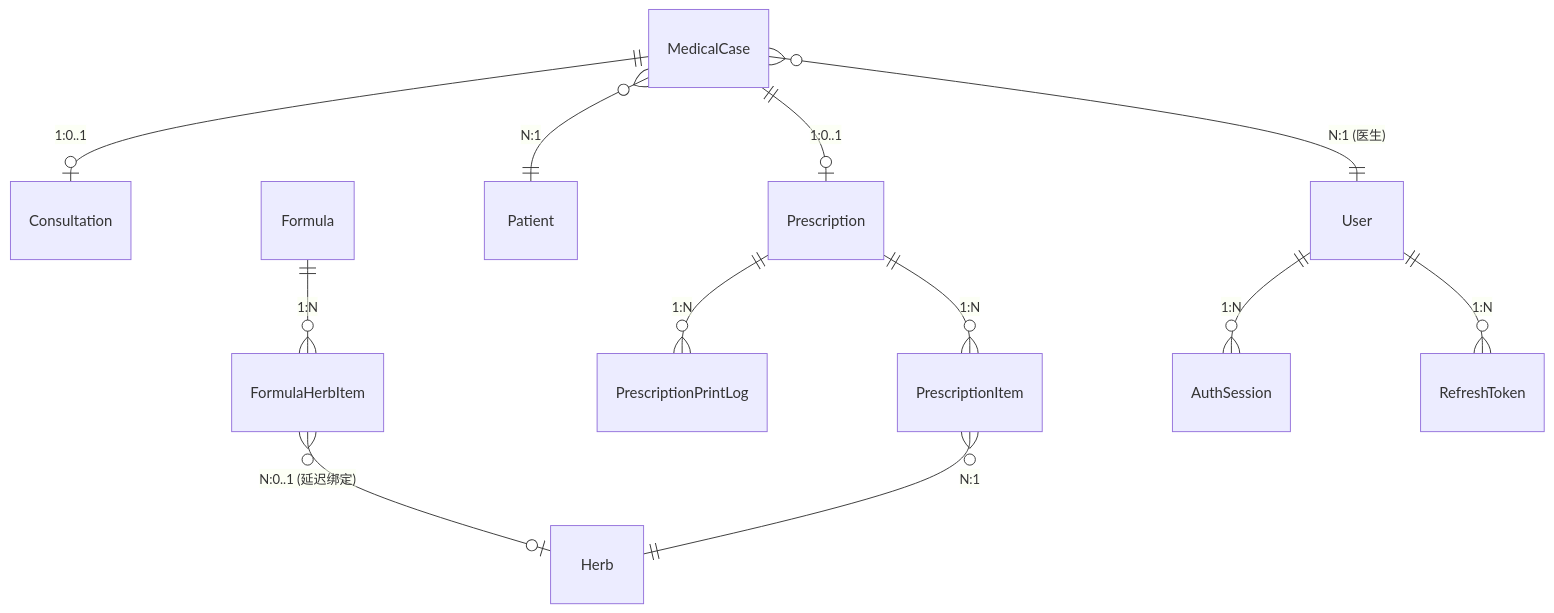
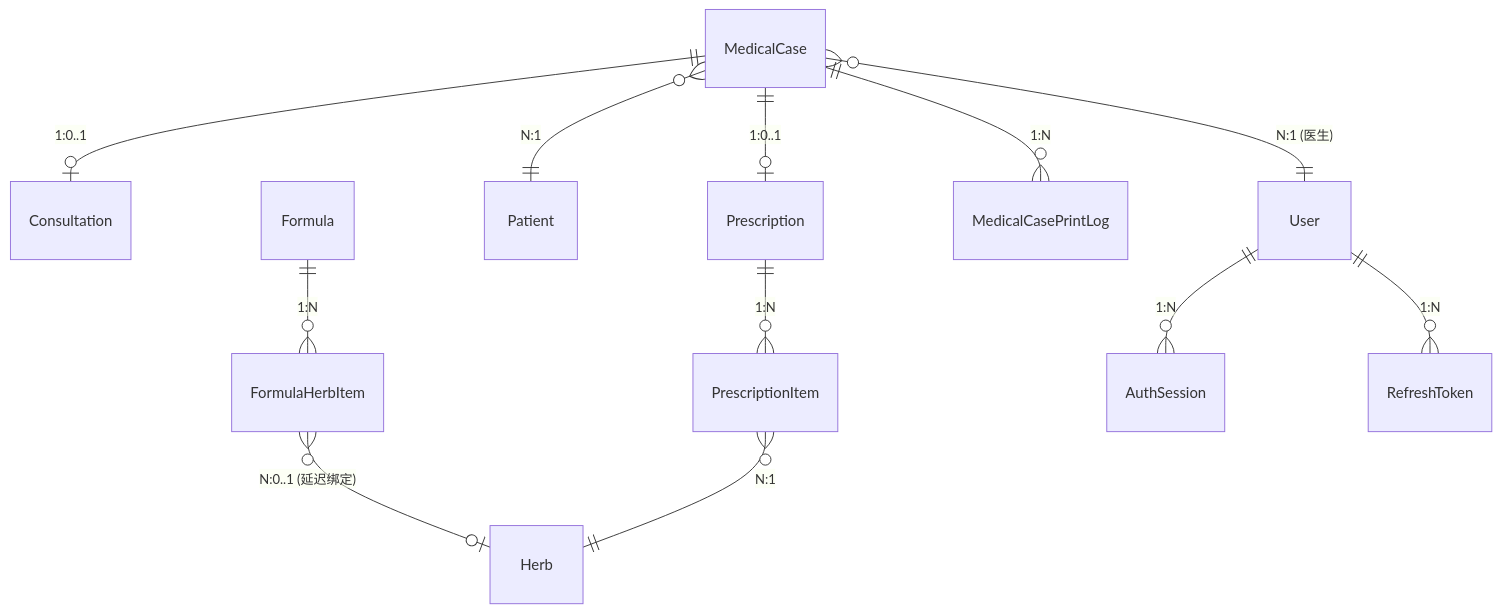
One commit to shouqitao/LYBTZYZS changed the first of 2 diagrams in docs/03-architecture/data-model.md. Above: the diagram before and after it, drawn with Mermaid. The commit also changed other lines of this file and 15 other files, not shown here.

````diff
--- a/docs/03-architecture/data-model.md
+++ b/docs/03-architecture/data-model.md
@@ -9,14 +9,14 @@
 ```mermaid
 erDiagram
     MedicalCase ||--o| Consultation : "1:0..1"
     MedicalCase ||--o| Prescription : "1:0..1"
     MedicalCase }o--|| Patient : "N:1"
     MedicalCase }o--|| User : "N:1 (医生)"
     Prescription ||--o{ PrescriptionItem : "1:N"
-    Prescription ||--o{ PrescriptionPrintLog : "1:N"
+    MedicalCase ||--o{ MedicalCasePrintLog : "1:N"
     Formula ||--o{ FormulaHerbItem : "1:N"
     FormulaHerbItem }o--o| Herb : "N:0..1 (延迟绑定)"
     PrescriptionItem }o--|| Herb : "N:1"
     User ||--o{ AuthSession : "1:N"
     User ||--o{ RefreshToken : "1:N"
 ```
````
